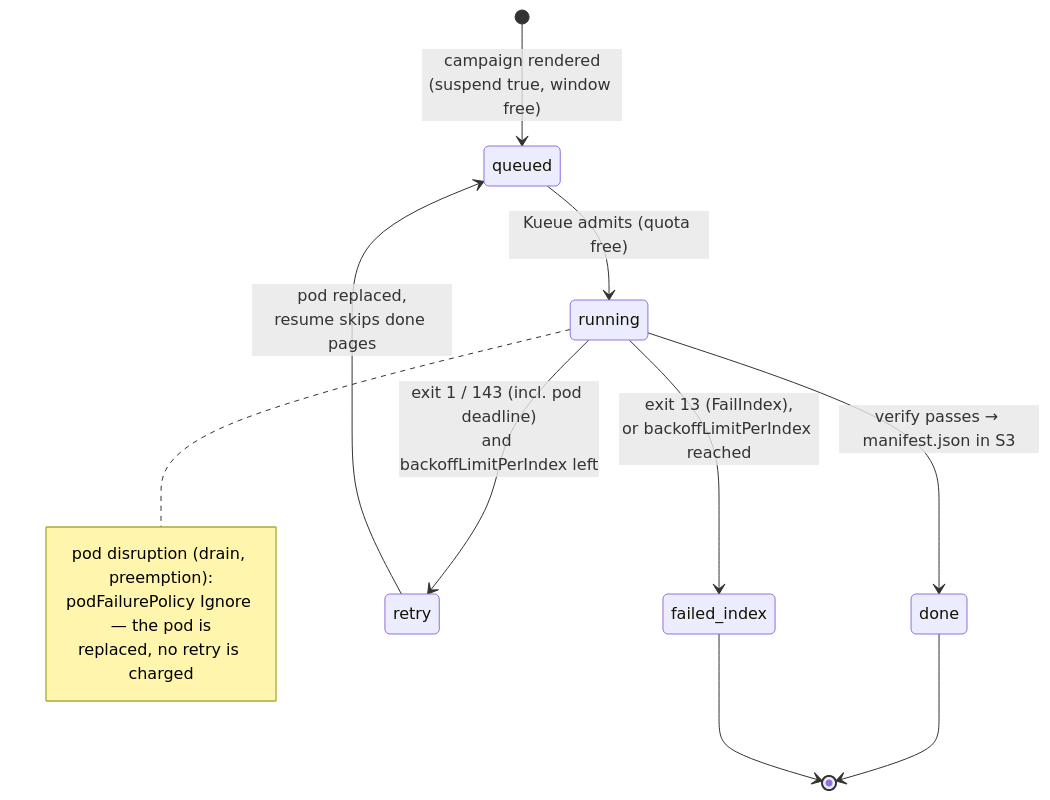
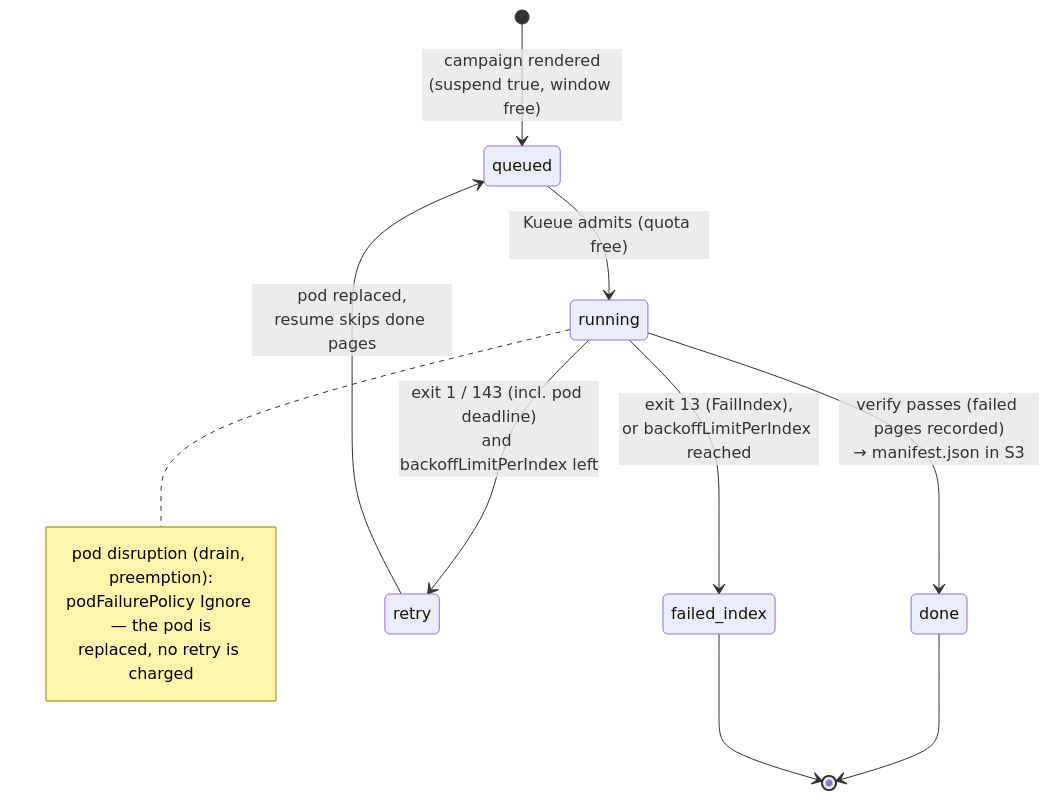
The diagram in docs/how-it-works/failure-handling.md (AI-Riksarkivet/htrflow-batch), drawn with Mermaid before and after one commit. The commit also changed other lines of this file and 6 other files, not shown here.

First line of the commit message:
docs: a volume completes with its failed pages recorded

````diff
--- a/docs/how-it-works/failure-handling.md
+++ b/docs/how-it-works/failure-handling.md
@@ -11,16 +11,16 @@
 ```mermaid
 stateDiagram-v2
     [*] --> queued: campaign rendered<br/>(suspend true, window free)
     queued --> running: Kueue admits (quota free)
-    running --> done: verify passes → manifest.json in S3
+    running --> done: verify passes (failed pages recorded)<br/>→ manifest.json in S3
     running --> retry: exit 1 / 143 (incl. pod deadline)<br/>and backoffLimitPerIndex left
     running --> failed_index: exit 13 (FailIndex),<br/>or backoffLimitPerIndex reached
     retry --> queued: pod replaced,<br/>resume skips done pages
     done --> [*]
     failed_index --> [*]
     note right of running
         pod disruption (drain, preemption):
         podFailurePolicy Ignore — the pod is
         replaced, no retry is charged
     end note
 ```
````
